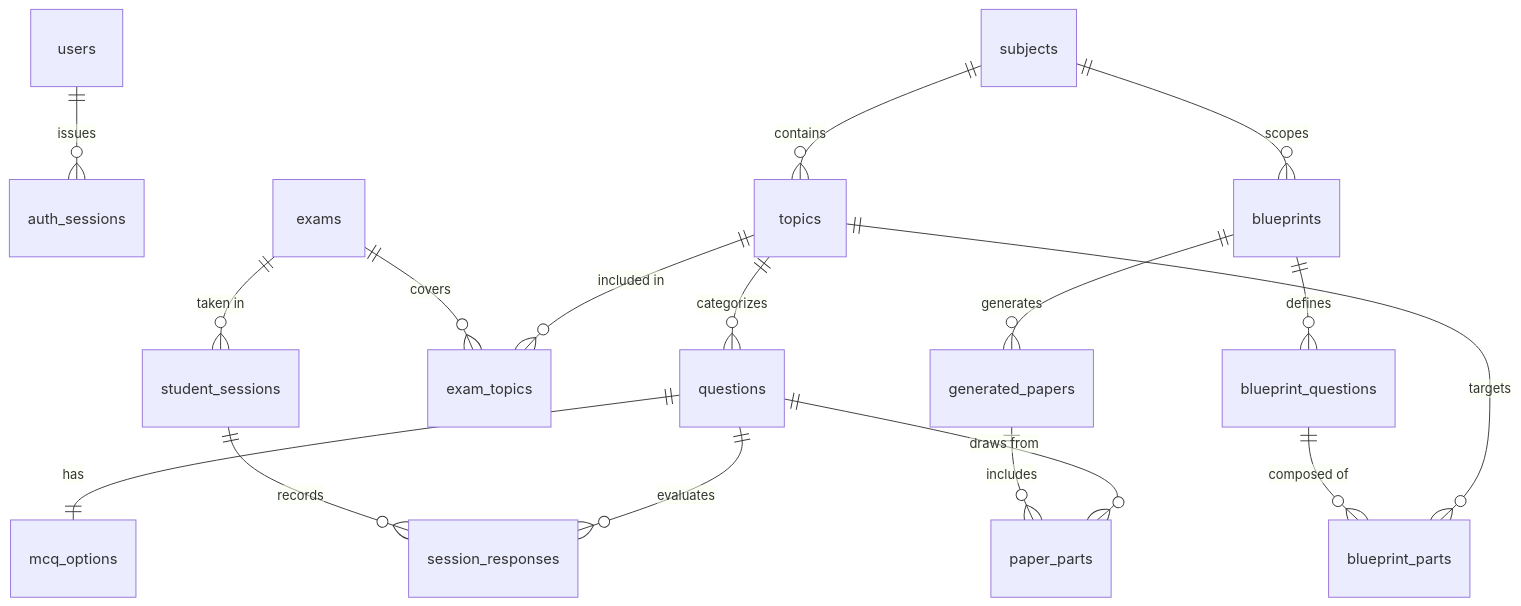
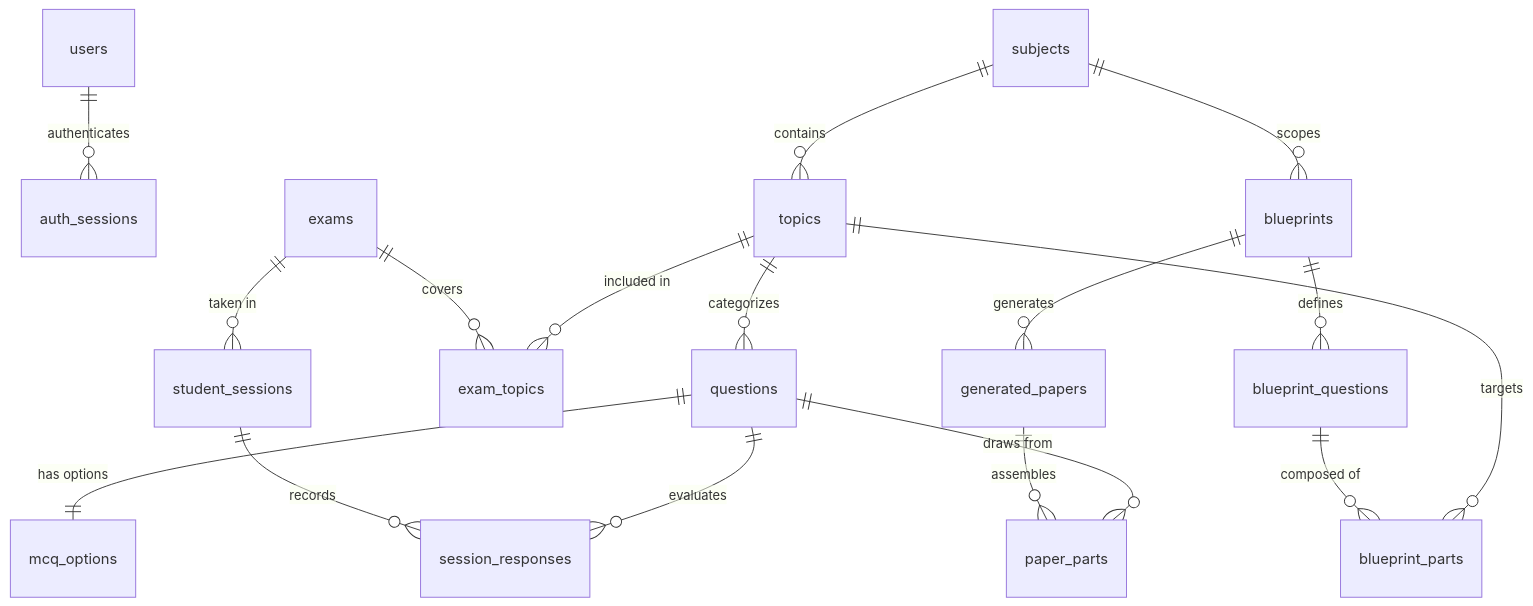
One commit to khushi-sharma2506/APEX changed the second of 3 diagrams in README.md. Above: the diagram before and after it, drawn with Mermaid. The commit also changed other lines of this file, not shown here.

Commit message:
docs: add horizontal architecture diagram and detailed relational schema diagram to README.md

````diff
--- a/README.md
+++ b/README.md
@@ -62,21 +63,21 @@
 ```mermaid
 erDiagram
-    users ||--o{ auth_sessions : "issues"
+    users ||--o{ auth_sessions : "authenticates"
     subjects ||--o{ topics : "contains"
     topics ||--o{ questions : "categorizes"
-    questions ||--|| mcq_options : "has"
+    questions ||--|| mcq_options : "has options"
     
     exams ||--o{ exam_topics : "covers"
     topics ||--o{ exam_topics : "included in"
     exams ||--o{ student_sessions : "taken in"
     student_sessions ||--o{ session_responses : "records"
     questions ||--o{ session_responses : "evaluates"
 
     subjects ||--o{ blueprints : "scopes"
     blueprints ||--o{ blueprint_questions : "defines"
     blueprint_questions ||--o{ blueprint_parts : "composed of"
     topics ||--o{ blueprint_parts : "targets"
     blueprints ||--o{ generated_papers : "generates"
-    generated_papers ||--o{ paper_parts : "includes"
+    generated_papers ||--o{ paper_parts : "assembles"
     questions ||--o{ paper_parts : "draws from"
 ```
````
